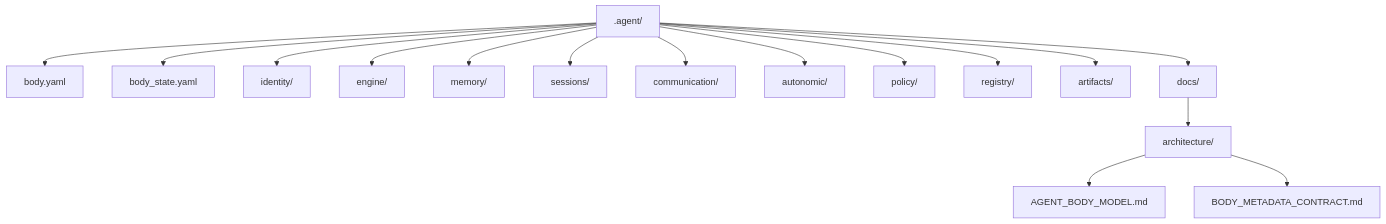
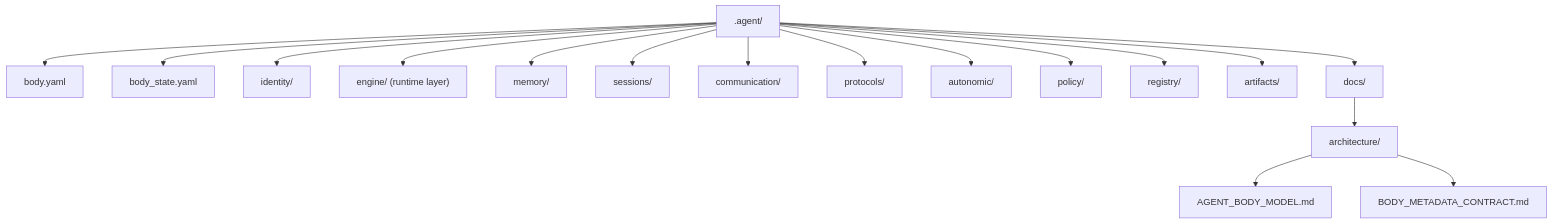
Before and after one commit to SungYongMOON/soulforge: the diagram in .agent/docs/architecture/AGENT_BODY_MODEL.md, drawn with Mermaid. The commit also changed other lines of this file and 22 other files, not shown here.

````diff
--- a/.agent/docs/architecture/AGENT_BODY_MODEL.md
+++ b/.agent/docs/architecture/AGENT_BODY_MODEL.md
@@ -12,18 +28,19 @@
 ```mermaid
 flowchart TD
   B[".agent/"] --> BY["body.yaml"]
   B --> BS["body_state.yaml"]
   B --> I["identity/"]
-  B --> E["engine/"]
+  B --> E["engine/ (runtime layer)"]
   B --> M["memory/"]
   B --> S["sessions/"]
   B --> C["communication/"]
+  B --> PR["protocols/"]
   B --> A["autonomic/"]
   B --> P["policy/"]
   B --> R["registry/"]
   B --> AR["artifacts/"]
   B --> D["docs/"]
   D --> DA["architecture/"]
   DA --> DM["AGENT_BODY_MODEL.md"]
   DA --> DC["BODY_METADATA_CONTRACT.md"]
 ```
````
